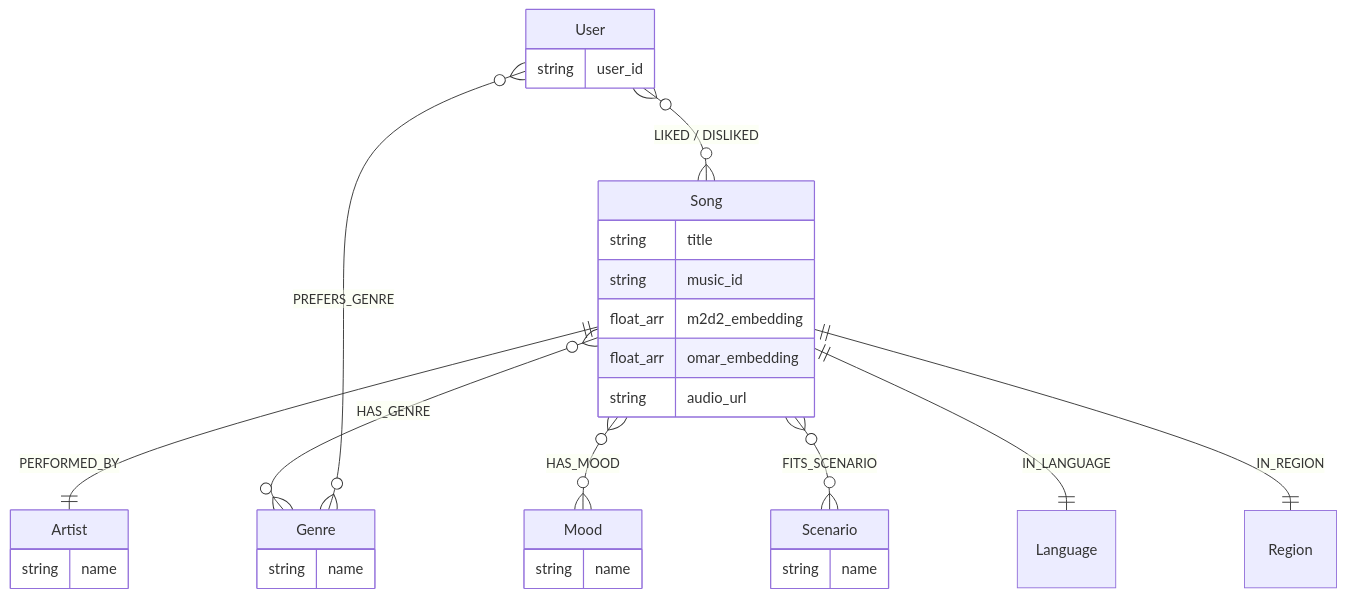
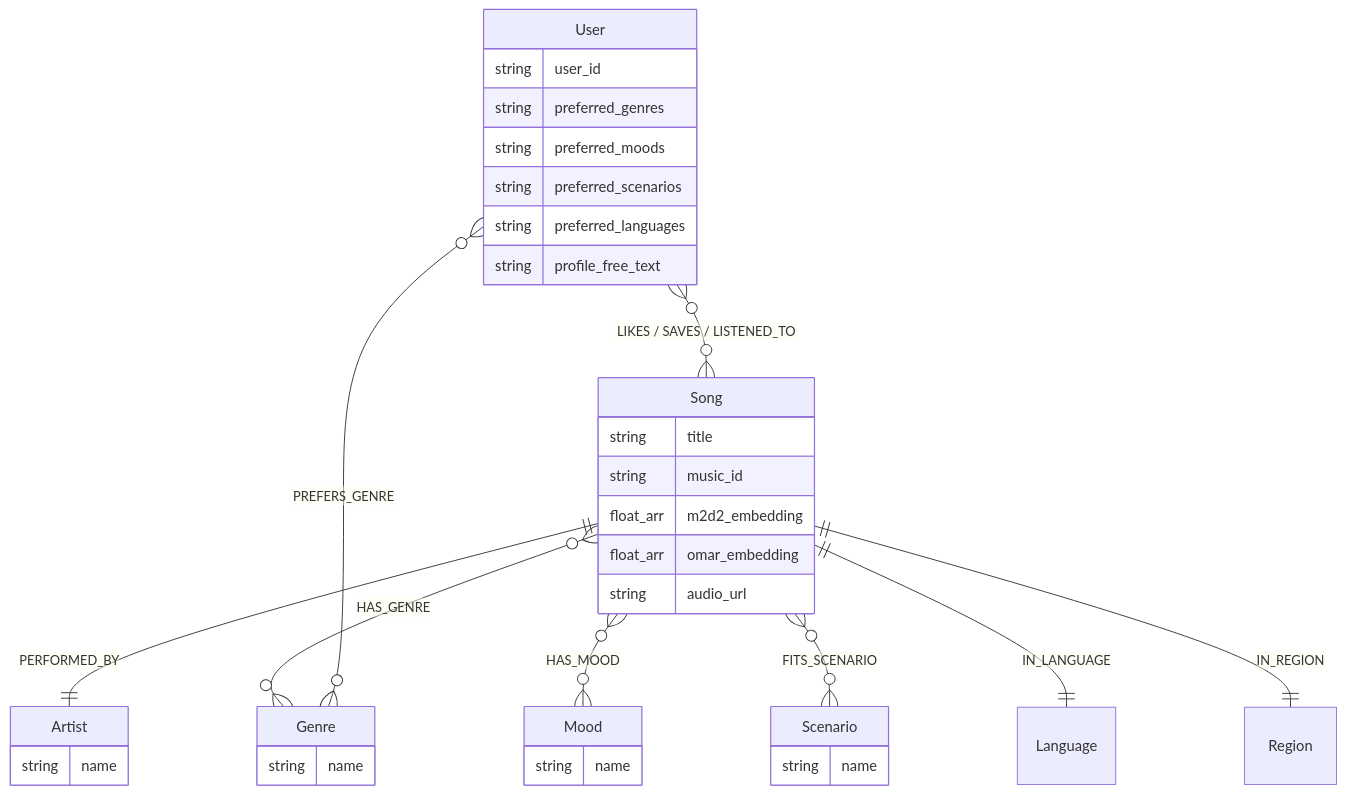
One commit to hgsanyang/SoulTuner-Agent changed the second of 2 diagrams in README.md. Above: the diagram before and after it, drawn with Mermaid. The commit also changed other lines of this file and 1 other file, not shown here.

````diff
--- a/README.md
+++ b/README.md
@@ -205,24 +228,31 @@
 ```mermaid
 erDiagram
     Song ||--|| Artist : PERFORMED_BY
     Song }o--o{ Genre : HAS_GENRE
     Song }o--o{ Mood : HAS_MOOD
     Song }o--o{ Scenario : FITS_SCENARIO
     Song ||--|| Language : IN_LANGUAGE
     Song ||--|| Region : IN_REGION
-    User }o--o{ Song : "LIKED / DISLIKED"
+    User }o--o{ Song : "LIKES / SAVES / LISTENED_TO"
     User }o--o{ Genre : PREFERS_GENRE
 
     Song {
         string title
         string music_id
         float_arr m2d2_embedding
         float_arr omar_embedding
         string audio_url
     }
     Artist { string name }
     Genre { string name }
     Mood { string name }
     Scenario { string name }
-    User { string user_id }
+    User {
+        string user_id
+        string preferred_genres
+        string preferred_moods
+        string preferred_scenarios
+        string preferred_languages
+        string profile_free_text
+    }
 ```
````
